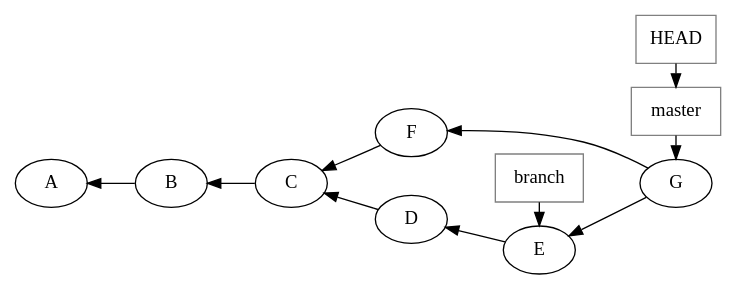
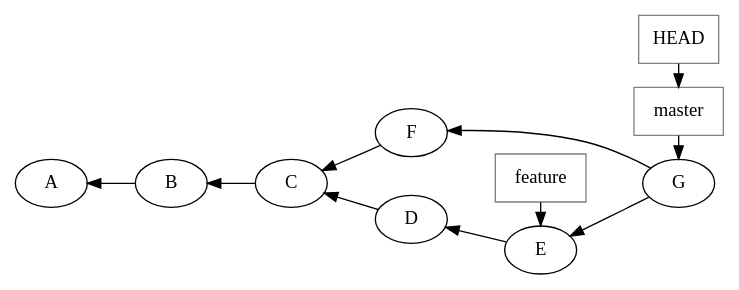
One commit to maartenberg/gitgud changed the diagram in graphs/branching9.gv. Above: the diagram before and after it, drawn with Graphviz. The commit also changed 20 other files, not shown here.

```diff
--- a/graphs/branching9.gv
+++ b/graphs/branching9.gv
@@ -1,18 +1,18 @@
 
 digraph repo {
 	rankdir="RL";
 	C -> B;
 	B -> A;
 	D -> C;
 	E -> D;
 	F -> C;
 	G -> E;
 	G -> F;
 	node [rank=3,shape=box, color=grey] master;
-	node [rank=3,shape=box, color=grey] branch;
+	node [rank=3,shape=box, color=grey] feature;
 	master -> G;
 	HEAD -> master;
-	branch -> E;
-	{ rank = same; E; branch; }
+	feature -> E;
+	{ rank = same; E; feature; }
 	{ rank = same; G; HEAD;master;}
 }
```
